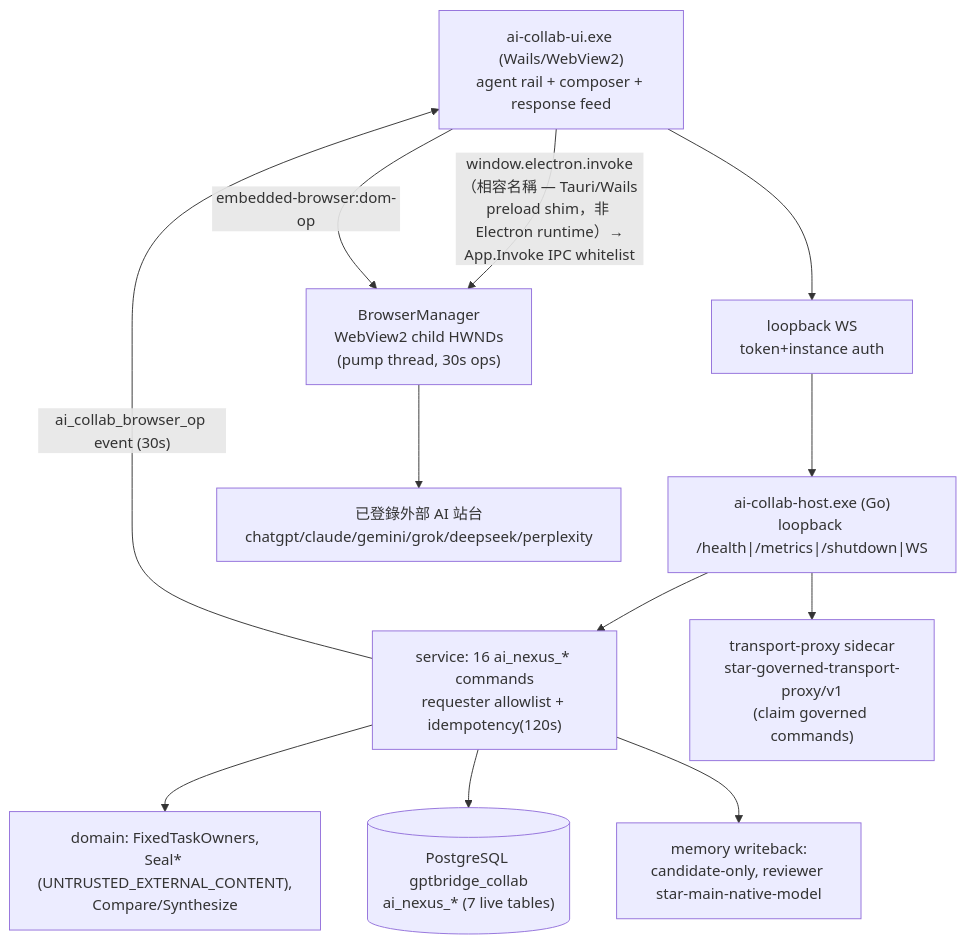
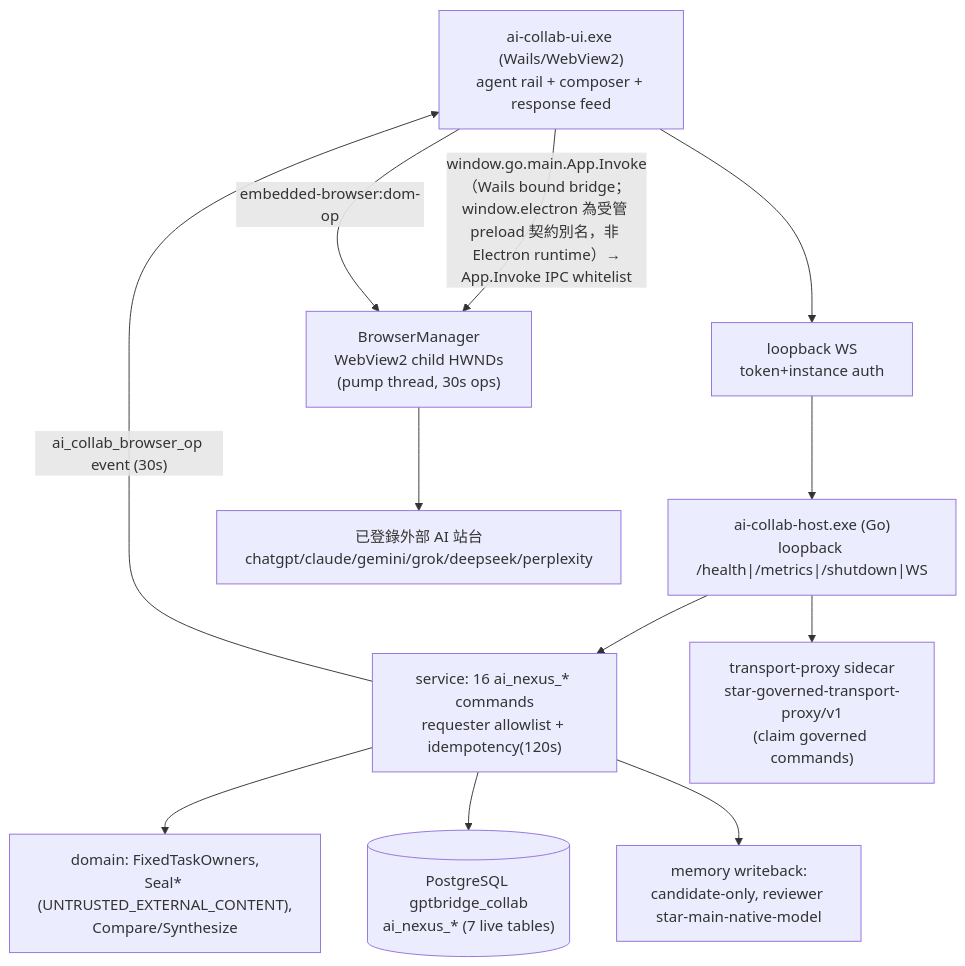
The diagram in governance_rule/codex/architecture-tool-ai-collaboration.md (guilty442-source/GPTBridge), drawn with Mermaid before and after one commit. The commit also changed 4 other files, not shown here.

First line of the commit message:
docs(codex): converge retired-lane residue in architecture docs

````diff
--- a/governance_rule/codex/architecture-tool-ai-collaboration.md
+++ b/governance_rule/codex/architecture-tool-ai-collaboration.md
@@ -3,14 +3,14 @@
 ```mermaid
 flowchart TB
-  UI["ai-collab-ui.exe (Wails/WebView2)<br/>agent rail + composer + response feed"] -->|"window.electron.invoke（相容名稱 — Tauri/Wails<br/>preload shim，非 Electron runtime）→<br/>App.Invoke IPC whitelist"| WMGR["BrowserManager<br/>WebView2 child HWNDs<br/>(pump thread, 30s ops)"]
+  UI["ai-collab-ui.exe (Wails/WebView2)<br/>agent rail + composer + response feed"] -->|"window.go.main.App.Invoke（Wails bound bridge；<br/>window.electron 為受管 preload 契約別名，非 Electron runtime）→<br/>App.Invoke IPC whitelist"| WMGR["BrowserManager<br/>WebView2 child HWNDs<br/>(pump thread, 30s ops)"]
   SOCK["loopback WS<br/>token+instance auth"] --> HOST["ai-collab-host.exe (Go)<br/>loopback /health|/metrics|/shutdown|WS"]
   UI --> SOCK
   HOST --> SVC["service: 16 ai_nexus_* commands<br/>requester allowlist + idempotency(120s)"]
   SVC -->|"ai_collab_browser_op event (30s)"| UI
   UI -->|"embedded-browser:dom-op"| WMGR
   SVC --> DOM["domain: FixedTaskOwners,<br/>Seal* (UNTRUSTED_EXTERNAL_CONTENT),<br/>Compare/Synthesize"]
   SVC --> REPO[("PostgreSQL gptbridge_collab<br/>ai_nexus_* (7 live tables)")]
   HOST --> PROXY["transport-proxy sidecar<br/>star-governed-transport-proxy/v1<br/>(claim governed commands)"]
   SVC --> MEM["memory writeback:<br/>candidate-only, reviewer star-main-native-model"]
   WMGR --> WEB["已登錄外部 AI 站台<br/>chatgpt/claude/gemini/grok/deepseek/perplexity"]
 ```
````
